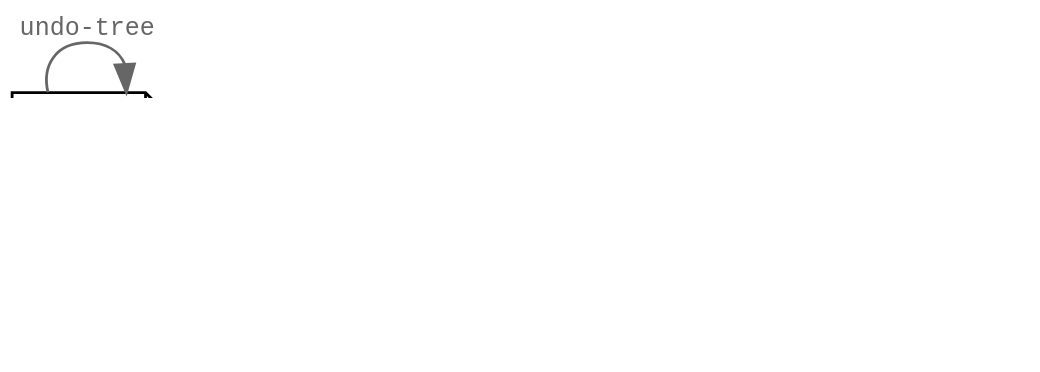
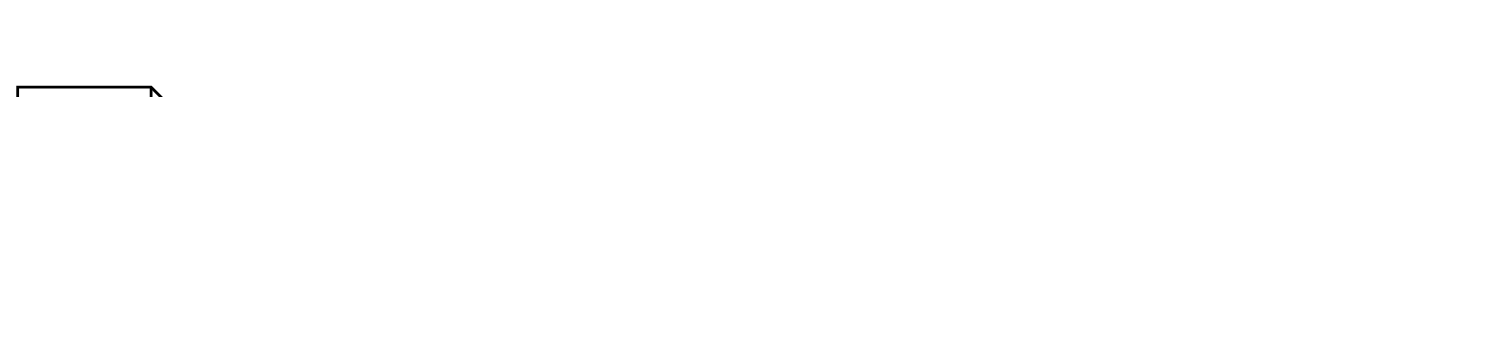
Before and after one commit to pprevos/emacs-writing-studio: the second of 2 diagrams in documents/ews-book/06-production.org, drawn with Graphviz. The commit also changed other lines of this file and 1 other file, not shown here.

```diff
--- a/documents/ews-book/06-production.org
+++ b/documents/ews-book/06-production.org
@@ -303,29 +307,31 @@
 #+begin_src dot :file images/backups.png
   digraph backups {
     graph [dpi=300]
     rankdir=LR
     splines=polyline
     node [fontname=Arial fontsize=10 shape="note"]
     edge [fontname=Courier fontsize=9 color="grey40" fontcolor="grey40"]
 
     file1 [label = "New\nfile"]
     file2 [label = "File\nrev. 1"]
     file3 [label = "File\nrev. 2"]
-    backup1 [label = "Backup\nno. 1"]
-    backup2 [label = "Backup\nno. 2"]
-    backup3 [label = "Backup\nno. 3"]
+    buffer1 [label = "Current\nbuffer"]
+    buffer2 [label = "Current\nbuffer"]
+    backup1 [label = "Backup 1"]
+    backup2 [label = "Backup 2"]
+    backup3 [label = "Backup 3"]
 
-    file1 -> file1 [label="undo-tree"]
-    file1 -> file2 
-    file2 -> file1 [label="revert-buffer"]
-    file2 -> file2 [label="undo-tree"]  
-    file2 -> file3 
-    file3 -> file2 [label="revert-buffer"]
-    file3 -> file3 [label="undo-tree"]  
+    file1 -> buffer1 [label="kill-buffer"]
+    buffer1 -> file2 [label = "file-open"]
+    buffer1 -> file1 [label="revert-buffer"]
+    buffer1 -> buffer1 [label="undo-tree"]  
+    file2 -> buffer2 -> file3
+    buffer2 -> file2
+    buffer2 -> buffer2
     file1 -> backup1 [constraint=false]
     file2 -> backup2 [constraint=false]
     file3 -> backup3 [constraint=false]
     {rank=same; file2; backup2}
     {rank=same; file3; backup3}
-  }
+    }
 #+end_src
```
